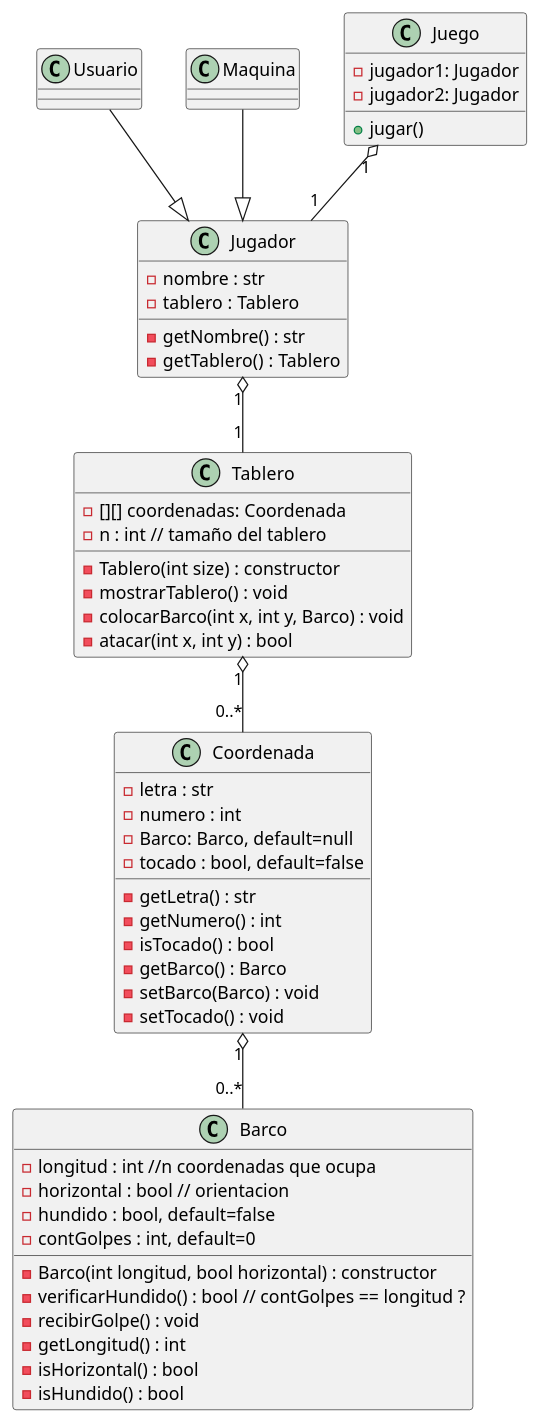
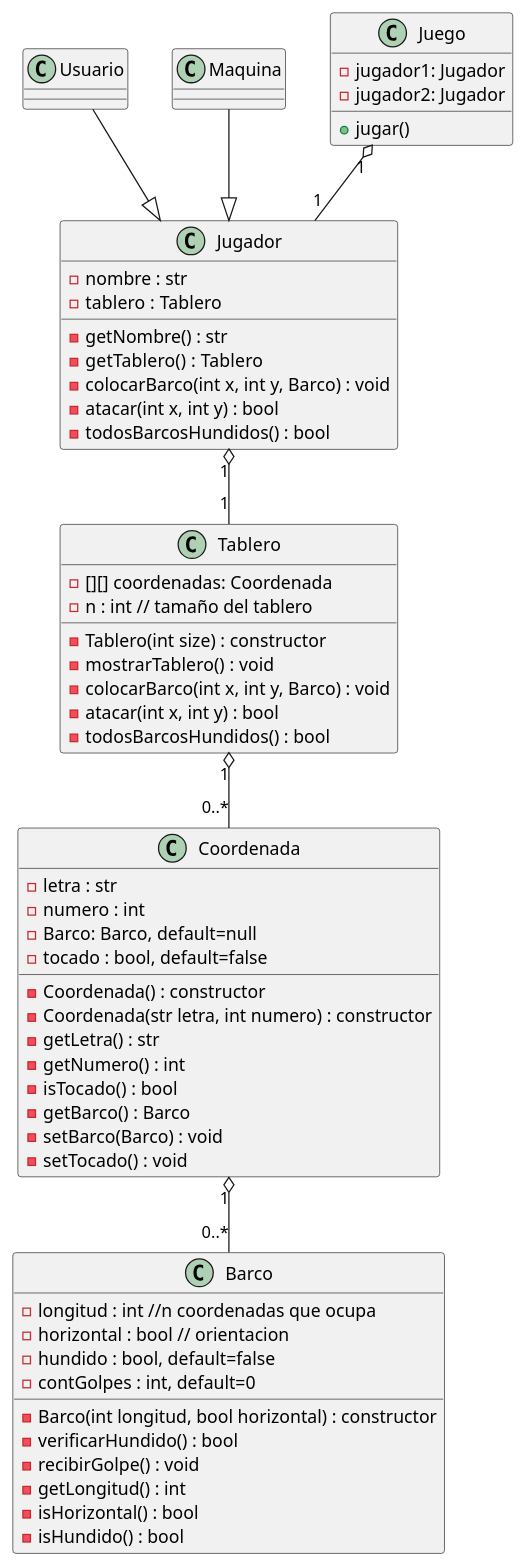
The diagram in docs/diagram_v-review.wsd (santiago6124/ProyectoFinalProg2), drawn with PlantUML before and after one commit. The commit also changed 1 other file, not shown here.

Commit message:
diagrama review

```diff
--- a/docs/diagram_v-review.wsd
+++ b/docs/diagram_v-review.wsd
@@ -1,87 +1,96 @@
 @startuml
 
 class Tablero {
     - [][] coordenadas: Coordenada
     - n : int // tamaño del tablero
     - Tablero(int size) : constructor
         '   -> inicializa objetos Coordenada en coordenadas
     - mostrarTablero() : void
         '   -> mostrarTablero: imprime el tablero, validando: coord.getBarco(), coord.isTocado()
     - colocarBarco(int x, int y, Barco) : void
         '   -> Coordenas.setBarco, ¿¿¿ barco.agregarCoordenada ???
     - atacar(int x, int y) : bool
         '   -> Coordenas.setBarco, coord.setTocado(true), coord.getBarco()->recibirGolpe()
+    - todosBarcosHundidos() : bool
+        '   -> return all barco.isHundido()
 }
 
 class Coordenada {
     - letra : str
     - numero : int
     - Barco: Barco, default=null
     - tocado : bool, default=false
+    - Coordenada() : constructor
+        '   
+    - Coordenada(str letra, int numero) : constructor
+        '   -> letra_, numero_
     - getLetra() : str
         '   -> return letra
     - getNumero() : int
         '   -> return numero
     - isTocado() : bool
         '   -> return tocado
     - getBarco() : Barco
         '   -> return barco
     - setBarco(Barco) : void
         '   -> this->barco = barco
     - setTocado() : void
         '   -> this->tocado = tocado
 }
 
 Tablero "1" o-- "0..*" Coordenada
 
 class Barco {
     - longitud : int //n coordenadas que ocupa
     - horizontal : bool // orientacion
     - hundido : bool, default=false
     - contGolpes : int, default=0
     - Barco(int longitud, bool horizontal) : constructor
         '   -> longitud_, horizontal_
-    - verificarHundido() : bool // contGolpes == longitud ?
+    - verificarHundido() : bool
         '   -> return contGolpes == longitud
     - recibirGolpe() : void
         '   -> contGolpes++, validar si hundido asignar = true
     - getLongitud() : int
         '   -> return longitud
     - isHorizontal() : bool
         '   -> return horizontal
     - isHundido() : bool
         '   -> return hundido
 
 }
 
 Coordenada "1" o-- "0..*" Barco
 
 class Jugador {
     - nombre : str
     - tablero : Tablero
     ' - [] barcos : Barco
     ' - [] disparos : Coordenada
     - getNombre() : str
     - getTablero() : Tablero
+    - colocarBarco(int x, int y, Barco) : void
+    - atacar(int x, int y) : bool
+    - todosBarcosHundidos() : bool
 }
 
 class Usuario {
 }
 
 class Maquina {
 }
 
 Usuario --|> Jugador
 Maquina --|> Jugador
 
 Jugador "1" o-- "1" Tablero
 
 class Juego {
     - jugador1: Jugador
     - jugador2: Jugador
     + jugar()
 }
 
 Juego "1" o-- "1" Jugador
 
 @enduml
```
